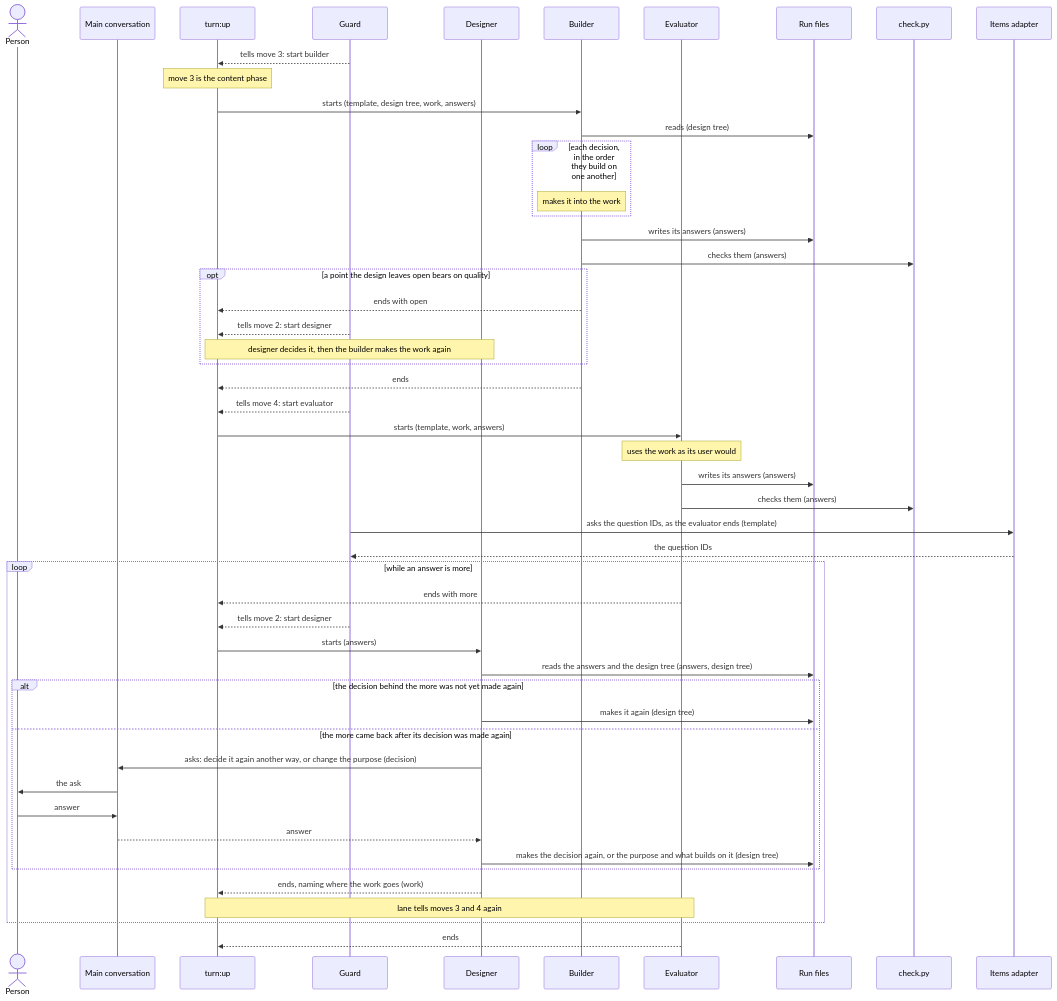
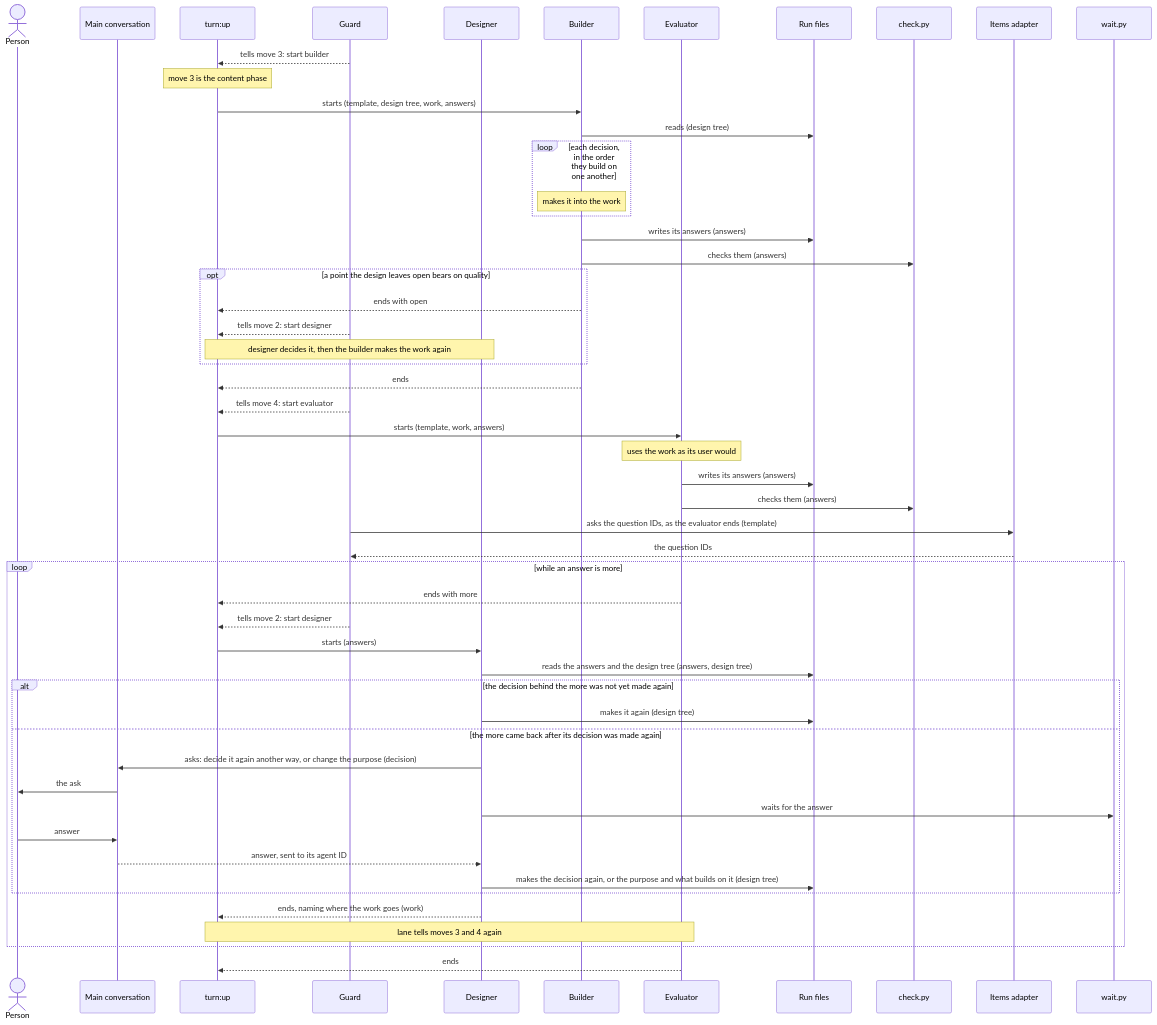
Before and after one commit to lovaizu/ccpm: the fourth of 6 diagrams in dev/turn/architecture.md, drawn with Mermaid. The commit also changed other lines of this file and 1 other file, not shown here.

````diff
--- a/dev/turn/architecture.md
+++ b/dev/turn/architecture.md
@@ -390,53 +403,55 @@
 ```mermaid
 sequenceDiagram
   actor P as Person
   participant M as Main conversation
   participant U as turn:up
   participant G as Guard
   participant D as Designer
   participant B as Builder
   participant E as Evaluator
   participant R as Run files
   participant C as check.py
   participant IA as Items adapter
+  participant WT as wait.py
   G-->>U: tells move 3: start builder
   Note over U: move 3 is the content phase
   U->>B: starts (template, design tree, work, answers)
   B->>R: reads (design tree)
   loop each decision, in the order they build on one another
     Note over B: makes it into the work
   end
   B->>R: writes its answers (answers)
   B->>C: checks them (answers)
   opt a point the design leaves open bears on quality
     B-->>U: ends with open
     G-->>U: tells move 2: start designer
     Note over U,D: designer decides it, then the builder makes the work again
   end
   B-->>U: ends
   G-->>U: tells move 4: start evaluator
   U->>E: starts (template, work, answers)
   Note over E: uses the work as its user would
   E->>R: writes its answers (answers)
   E->>C: checks them (answers)
   G->>IA: asks the question IDs, as the evaluator ends (template)
   IA-->>G: the question IDs
   loop while an answer is more
     E-->>U: ends with more
     G-->>U: tells move 2: start designer
     U->>D: starts (answers)
     D->>R: reads the answers and the design tree (answers, design tree)
     alt the decision behind the more was not yet made again
       D->>R: makes it again (design tree)
     else the more came back after its decision was made again
       D->>M: asks: decide it again another way, or change the purpose (decision)
       M->>P: the ask
+      D->>WT: waits for the answer
       P->>M: answer
-      M-->>D: answer
+      M-->>D: answer, sent to its agent ID
       D->>R: makes the decision again, or the purpose and what builds on it (design tree)
     end
     D-->>U: ends, naming where the work goes (work)
     Note over U,E: lane tells moves 3 and 4 again
   end
   E-->>U: ends
 ```
````
